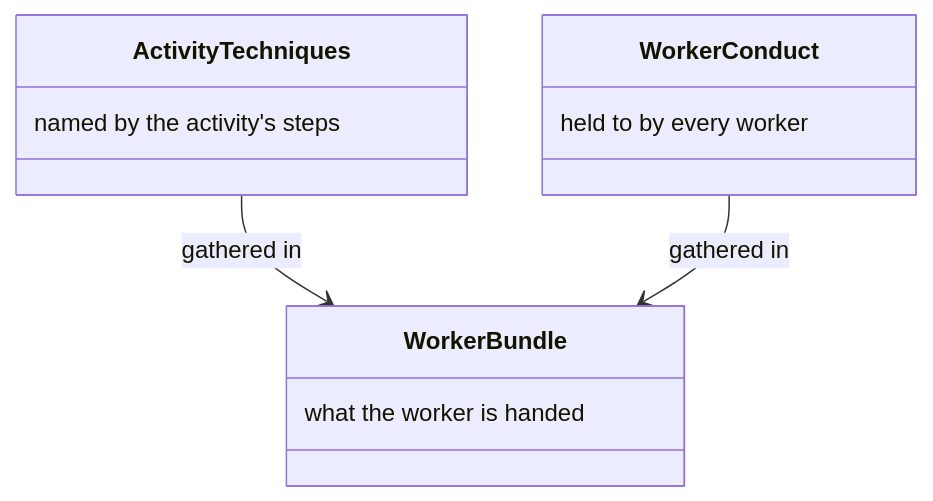
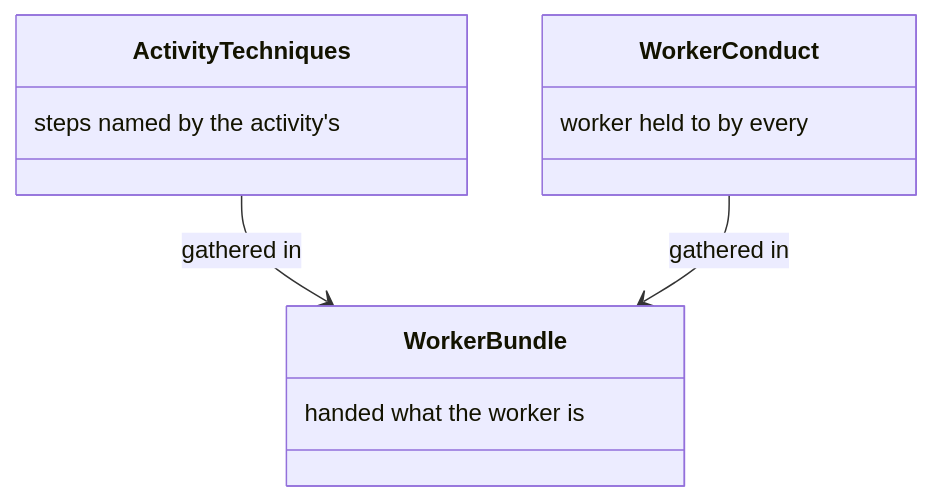
The sixth of 26 diagrams in docs/delivery.md (m2ux/workflow-server), drawn with Mermaid before and after one commit. The commit also changed other lines of this file and 13 other files, not shown here.

````diff
--- a/docs/delivery.md
+++ b/docs/delivery.md
@@ -105,14 +105,14 @@
 ```mermaid
 classDiagram
   class ActivityTechniques {
-    named by the activity's steps
+    steps named by the activity's
   }
   class WorkerConduct {
-    held to by every worker
+    worker held to by every
   }
   class WorkerBundle {
-    what the worker is handed
+    handed what the worker is
   }
   ActivityTechniques --> WorkerBundle : gathered in
   WorkerConduct --> WorkerBundle : gathered in
 ```
````
